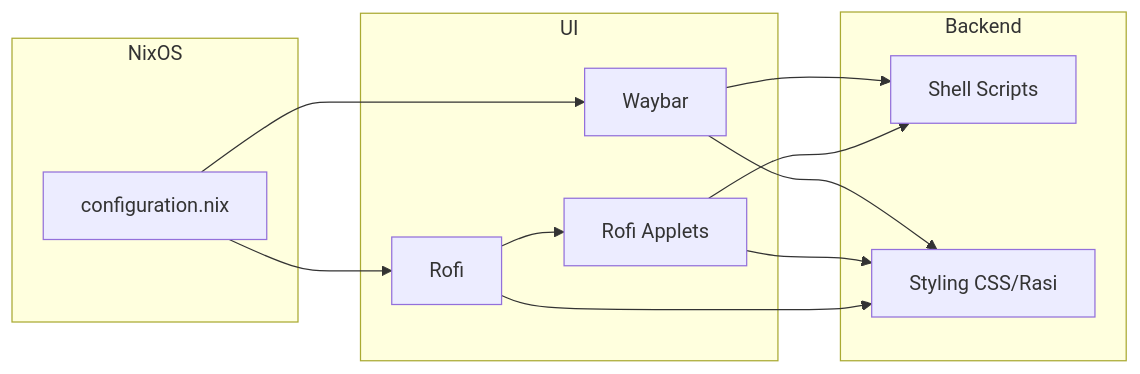
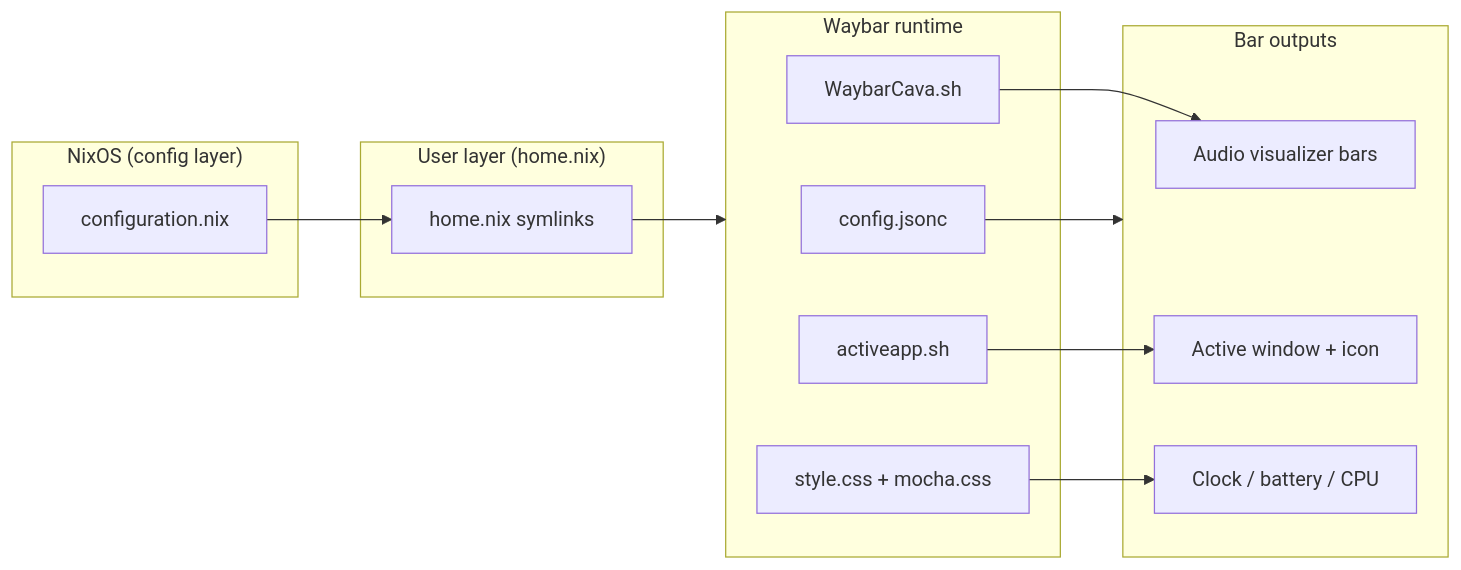
Before and after one commit to RomeoCavazza/nixos-config: the third of 4 diagrams in docs/README.md, drawn with Mermaid. The commit also changed other lines of this file, not shown here.

Commit message:
docs: complete rewrite — accurate architecture, balanced coverage, logical order

````diff
--- a/docs/README.md
+++ b/docs/README.md
@@ -90,24 +236,27 @@
 ```mermaid
 graph LR
-  subgraph NixOS
-    root[configuration.nix]
+  subgraph NixOS["NixOS (config layer)"]
+    cn[configuration.nix]
   end
-  subgraph UI
-    rofi[Rofi]
-    waybar[Waybar]
-    applets[Rofi Applets]
+  subgraph user["User layer (home.nix)"]
+    hm[home.nix symlinks]
   end
-  subgraph Backend
-    scripts[Shell Scripts]
-    styles[Styling CSS/Rasi]
+  subgraph waybar["Waybar runtime"]
+    cfg[config.jsonc]
+    css[style.css + mocha.css]
+    cava[WaybarCava.sh]
+    app[activeapp.sh]
+  end
+  subgraph outputs["Bar outputs"]
+    vis[Audio visualizer bars]
+    win[Active window + icon]
+    sys[Clock / battery / CPU]
   end
 
-  root --> rofi
-  root --> waybar
-  rofi --> applets
-  rofi --> styles
-  applets --> styles
-  applets --> scripts
-  waybar --> styles
-  waybar --> scripts
+  cn --> hm
+  hm --> waybar
+  cfg --> outputs
+  cava --> vis
+  app --> win
+  css --> sys
 ```
````
